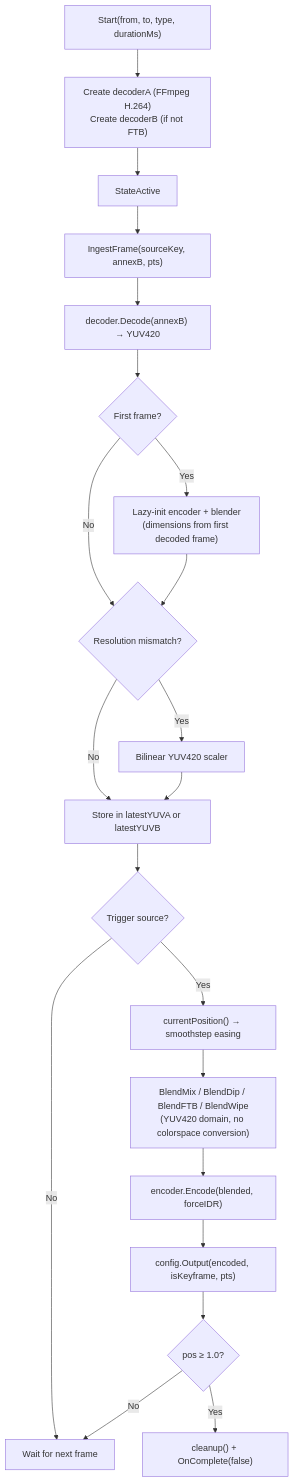
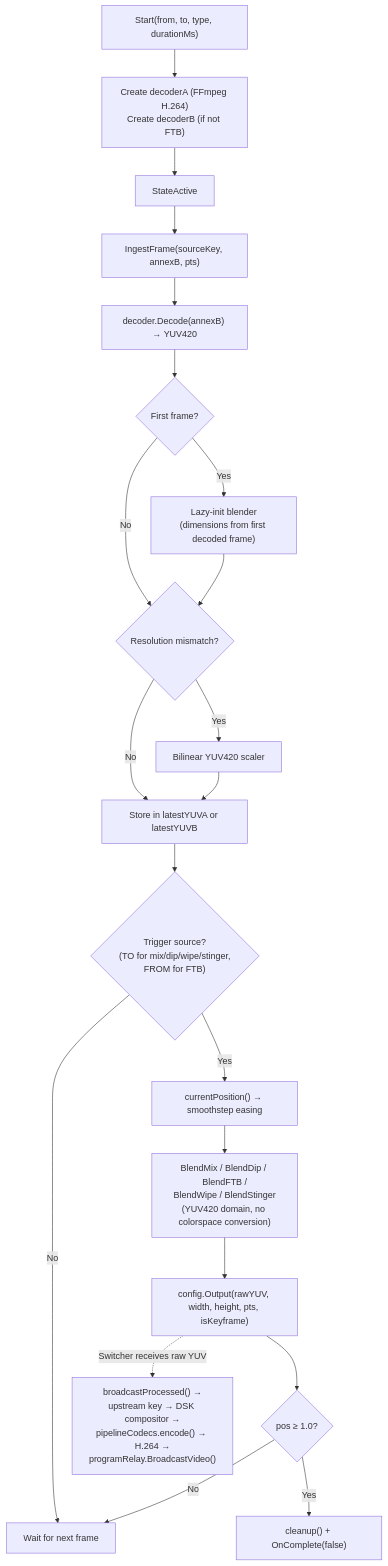
The sixth of 22 diagrams in docs/architecture.md (zsiec/switchframe), drawn with Mermaid before and after one commit. The commit also changed other lines of this file and 3 other files, not shown here.

First line of the commit message:
Docs: add source position, stinger & YUV pipeline

````diff
--- a/docs/architecture.md
+++ b/docs/architecture.md
@@ -259,24 +271,25 @@
 ```mermaid
 flowchart TD
     start["Start(from, to, type, durationMs)"] --> create["Create decoderA (FFmpeg H.264)<br/>Create decoderB (if not FTB)"]
     create --> active["StateActive"]
     active --> ingest["IngestFrame(sourceKey, annexB, pts)"]
     ingest --> decode["decoder.Decode(annexB) → YUV420"]
     decode --> init{"First frame?"}
-    init -->|Yes| lazy["Lazy-init encoder + blender<br/>(dimensions from first decoded frame)"]
+    init -->|Yes| lazy["Lazy-init blender<br/>(dimensions from first decoded frame)"]
     init -->|No| scale
     lazy --> scale{"Resolution mismatch?"}
     scale -->|Yes| scaler["Bilinear YUV420 scaler"]
     scale -->|No| store["Store in latestYUVA or latestYUVB"]
     scaler --> store
 
-    store --> trigger{"Trigger source?"}
+    store --> trigger{"Trigger source?<br/>(TO for mix/dip/wipe/stinger,<br/>FROM for FTB)"}
     trigger -->|No| wait["Wait for next frame"]
     trigger -->|Yes| pos["currentPosition() → smoothstep easing"]
-    pos --> blend["BlendMix / BlendDip / BlendFTB / BlendWipe<br/>(YUV420 domain, no colorspace conversion)"]
-    blend --> enc["encoder.Encode(blended, forceIDR)"]
-    enc --> out["config.Output(encoded, isKeyframe, pts)"]
+    pos --> blend["BlendMix / BlendDip / BlendFTB /<br/>BlendWipe / BlendStinger<br/>(YUV420 domain, no colorspace conversion)"]
+    blend --> out["config.Output(rawYUV, width, height, pts, isKeyframe)"]
     out --> done{"pos ≥ 1.0?"}
     done -->|No| wait
     done -->|Yes| cleanup["cleanup() + OnComplete(false)"]
+
+    out -.->|"Switcher receives raw YUV"| proc["broadcastProcessed() →<br/>upstream key → DSK compositor →<br/>pipelineCodecs.encode() → H.264 →<br/>programRelay.BroadcastVideo()"]
 ```
````
